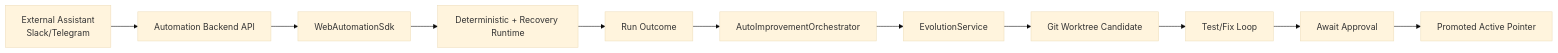
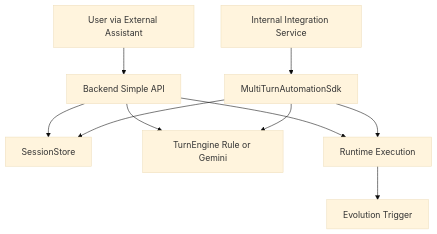
Before and after one commit to jedikim/web-testing: the diagram in doc/CODEX-SDK-BACKEND-USAGE.en.md, drawn with Mermaid (base theme). The commit also changed other lines of this file and 28 other files, not shown here.

Commit message:
feat(runtime): add dual-mode backend session API and multiturn sdk

````diff
--- a/doc/CODEX-SDK-BACKEND-USAGE.en.md
+++ b/doc/CODEX-SDK-BACKEND-USAGE.en.md
@@ -16,13 +16,13 @@
 ```mermaid
-flowchart LR
-    A[External Assistant\nSlack/Telegram] --> B[Automation Backend API]
-    B --> C[WebAutomationSdk]
-    C --> D[Deterministic + Recovery Runtime]
-    D --> E[Run Outcome]
-    E --> F[AutoImprovementOrchestrator]
-    F --> G[EvolutionService]
-    G --> H[Git Worktree Candidate]
-    H --> I[Test/Fix Loop]
-    I --> J[Await Approval]
-    J --> K[Promoted Active Pointer]
+flowchart TD
+    U[User via External Assistant] --> B[Backend Simple API]
+    B --> S[SessionStore]
+    B --> T[TurnEngine Rule or Gemini]
+    B --> R[Runtime Execution]
+    R --> E[Evolution Trigger]
+
+    I[Internal Integration Service] --> D[MultiTurnAutomationSdk]
+    D --> S
+    D --> T
+    D --> R
 ```
````
